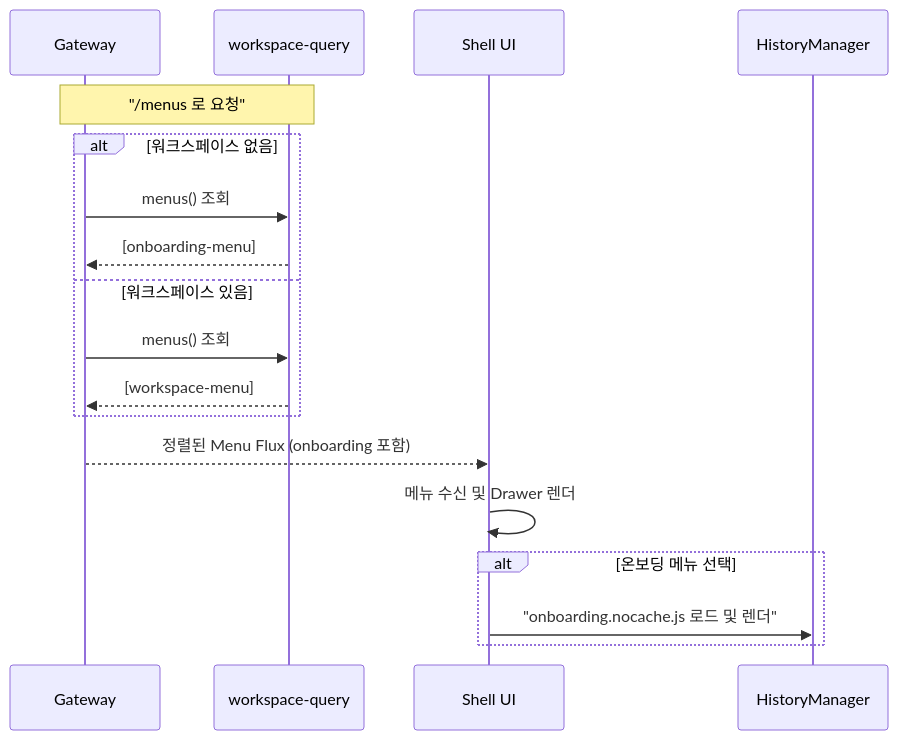
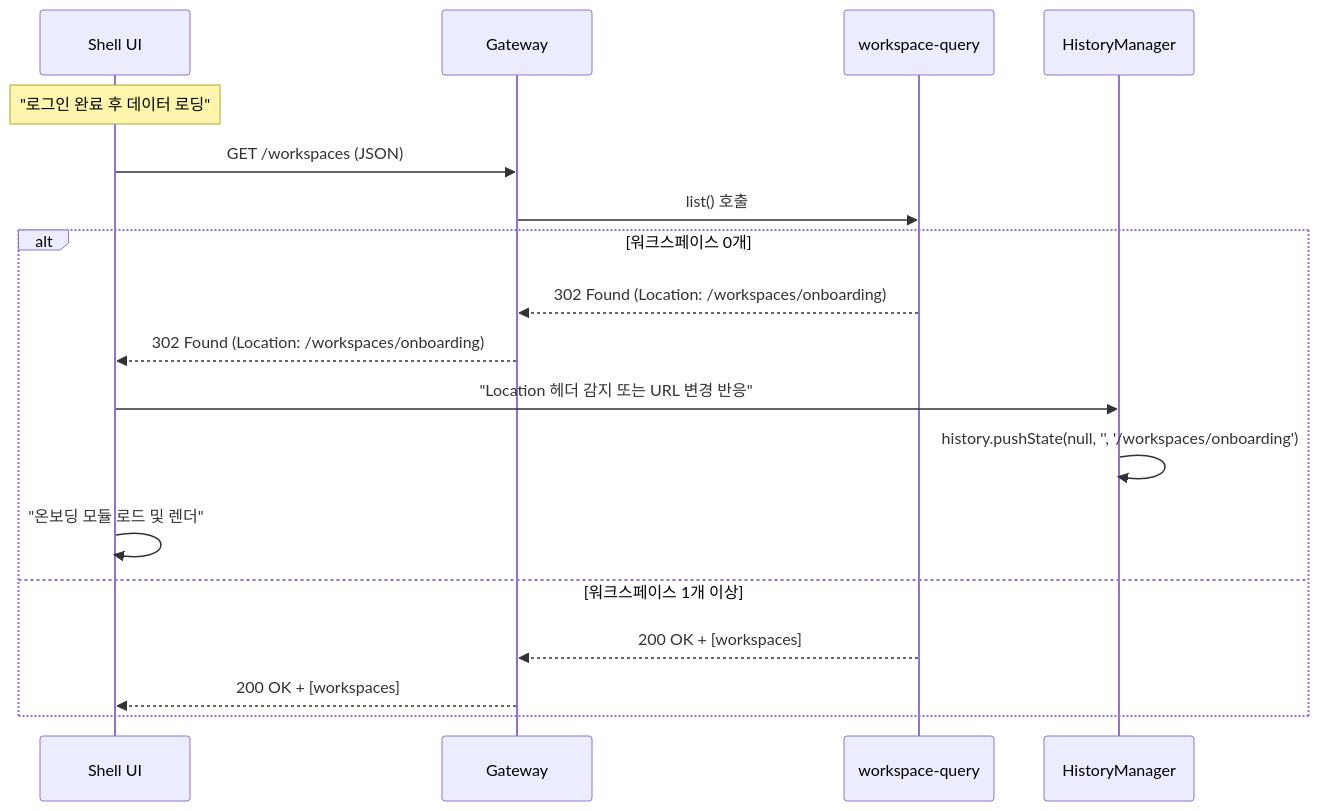
Before and after one commit to sayaya1090/handbook: the third of 11 diagrams in docs/architecture.md, drawn with Mermaid. The commit also changed other lines of this file and 4 other files, not shown here.

First line of the commit message:
feat(onboarding): 워크스페이스 부재 시 API 레벨의 302 리다이렉트 온보딩 구현

````diff
--- a/docs/architecture.md
+++ b/docs/architecture.md
@@ -183,22 +183,21 @@
 ```mermaid
 sequenceDiagram
+    participant Shell as Shell UI
     participant GW as Gateway
     participant SW as workspace-query
-    participant Shell as Shell UI
     participant H as HistoryManager
 
-    Note over GW,SW: "/menus 로 요청"
-    alt 워크스페이스 없음
-        GW->>SW: menus() 조회
-        SW-->>GW: [onboarding-menu]
-    else 워크스페이스 있음
-        GW->>SW: menus() 조회
-        SW-->>GW: [workspace-menu]
-    end
-    GW-->>Shell: 정렬된 Menu Flux (onboarding 포함)
-    Shell->>Shell: 메뉴 수신 및 Drawer 렌더
-    
-    alt 온보딩 메뉴 선택
-        Shell->>H: "onboarding.nocache.js 로드 및 렌더"
+    Note over Shell: "로그인 완료 후 데이터 로딩"
+    Shell->>GW: GET /workspaces (JSON)
+    GW->>SW: list() 호출
+    alt 워크스페이스 0개
+        SW-->>GW: 302 Found (Location: /workspaces/onboarding)
+        GW-->>Shell: 302 Found (Location: /workspaces/onboarding)
+        Shell->>H: "Location 헤더 감지 또는 URL 변경 반응"
+        H->>H: history.pushState(null, '', '/workspaces/onboarding')
+        Shell->>Shell: "온보딩 모듈 로드 및 렌더"
+    else 워크스페이스 1개 이상
+        SW-->>GW: 200 OK + [workspaces]
+        GW-->>Shell: 200 OK + [workspaces]
     end
 ```
````
